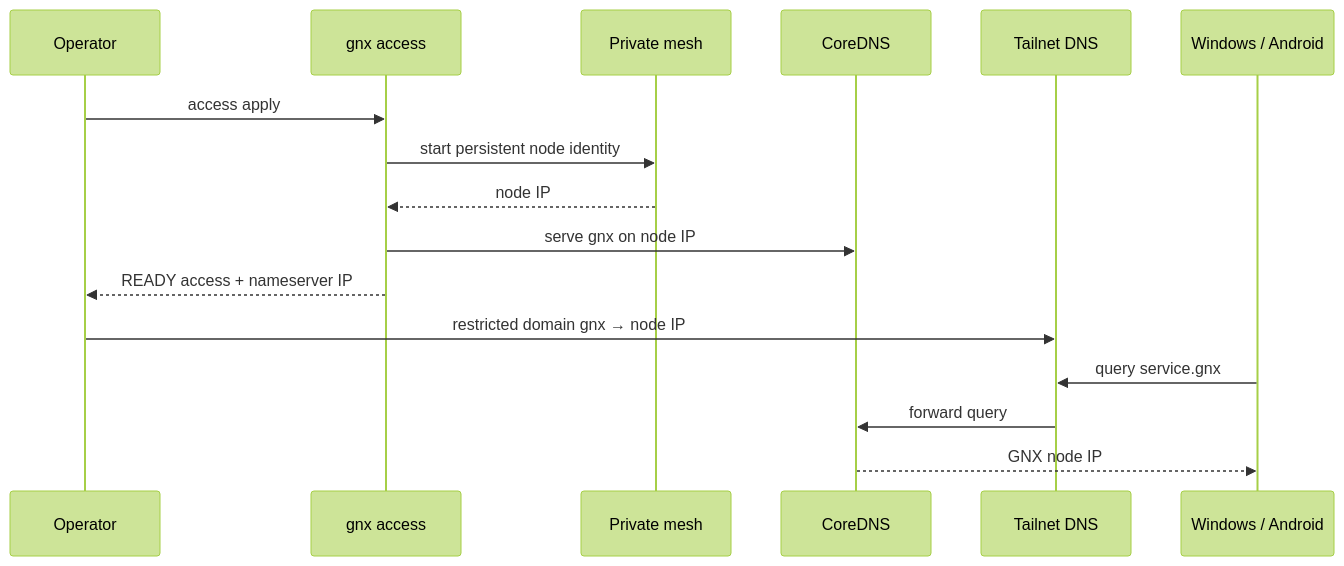
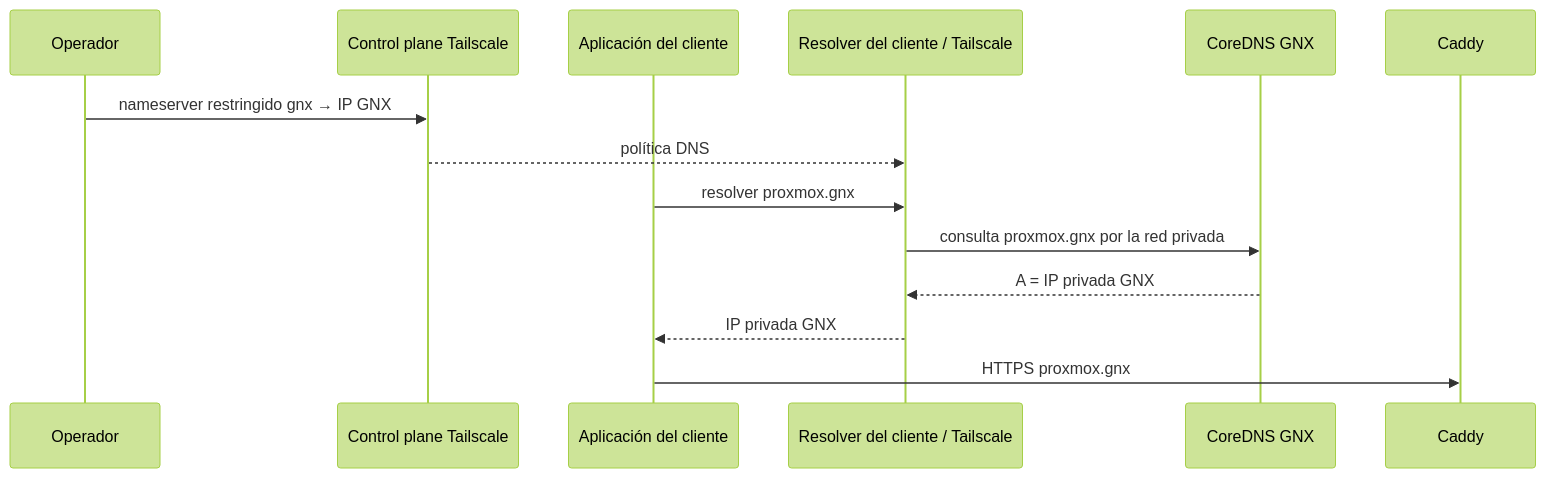
Before and after one commit to mayas-alas/quetzalcoatl: the second of 2 diagrams in docs/arquitectura.md, drawn with Mermaid (forest theme). The commit also changed other lines of this file and 15 other files, not shown here.

````diff
--- a/docs/arquitectura.md
+++ b/docs/arquitectura.md
@@ -106,19 +65,16 @@
 ```mermaid
 sequenceDiagram
-    participant OP as Operator
-    participant GNX as gnx access
-    participant TS as Private mesh
-    participant DNS as CoreDNS
-    participant CP as Tailnet DNS
-    participant CL as Windows / Android
-
-    OP->>GNX: access apply
-    GNX->>TS: start persistent node identity
-    TS-->>GNX: node IP
-    GNX->>DNS: serve gnx on node IP
-    GNX-->>OP: READY access + nameserver IP
-    OP->>CP: restricted domain gnx → node IP
-    CL->>CP: query service.gnx
-    CP->>DNS: forward query
-    DNS-->>CL: GNX node IP
+    participant O as Operador
+    participant P as Control plane Tailscale
+    participant A as Aplicación del cliente
+    participant R as Resolver del cliente / Tailscale
+    participant D as CoreDNS GNX
+    participant C as Caddy
+    O->>P: nameserver restringido gnx → IP GNX
+    P-->>R: política DNS
+    A->>R: resolver proxmox.gnx
+    R->>D: consulta proxmox.gnx por la red privada
+    D-->>R: A = IP privada GNX
+    R-->>A: IP privada GNX
+    A->>C: HTTPS proxmox.gnx
 ```
````
